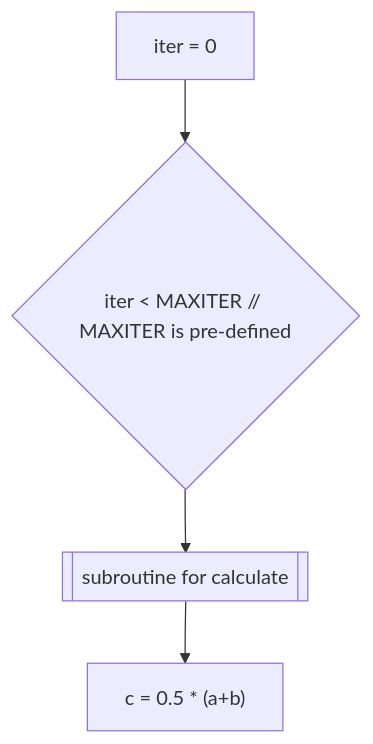
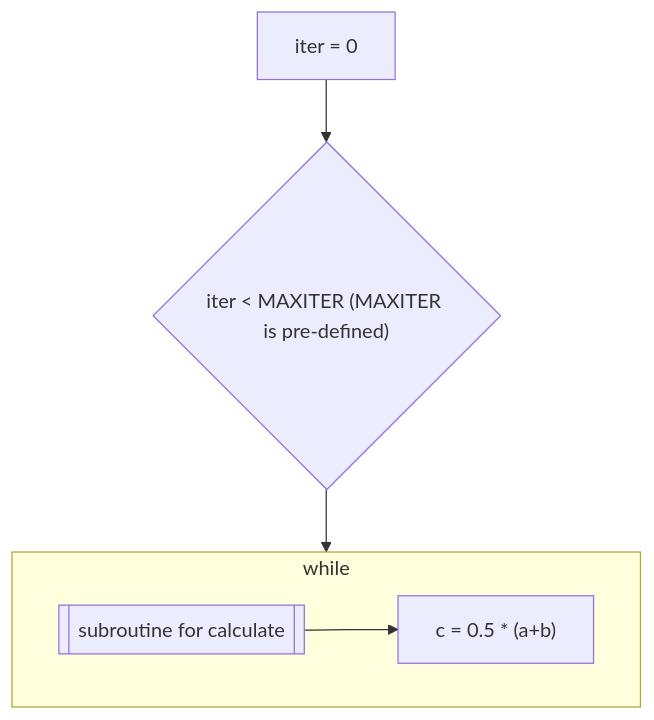
Before and after one commit to jsk0910/numerical_analysis: the diagram in Non-linear Equations/README.md, drawn with Mermaid.

````diff
--- a/Non-linear Equations/README.md
+++ b/Non-linear Equations/README.md
@@ -26,7 +26,9 @@
 ```mermaid
 flowchart TD;
     A["iter = 0"] --> whileif
-    whileif{"iter < MAXITER // MAXITER is pre-defined"} --> while
-    while[["subroutine for calculate"]] --> B
-    B["c = 0.5 * (a+b)"]
+    whileif{"iter < MAXITER (MAXITER is pre-defined)"} --> while
+    subgraph while
+    whileA[["subroutine for calculate"]] --> whileB
+    whileB["c = 0.5 * (a+b)"]
+    end
 ```
````
